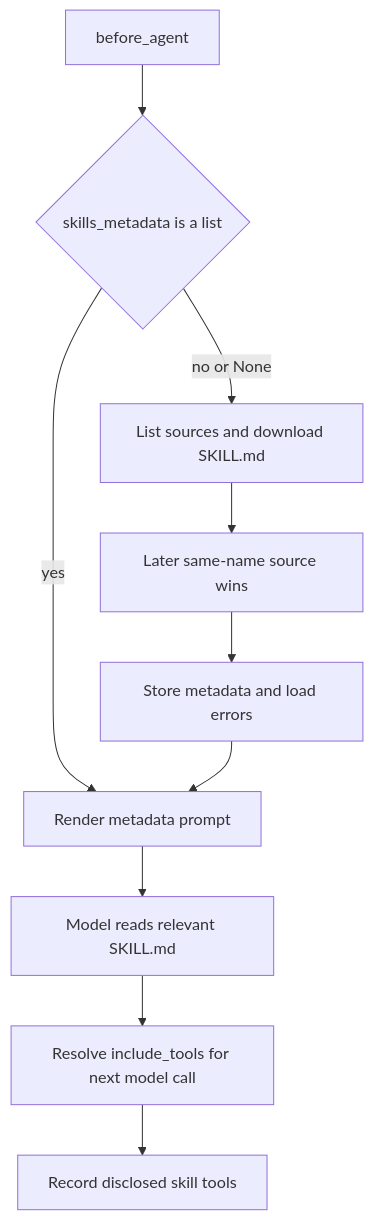
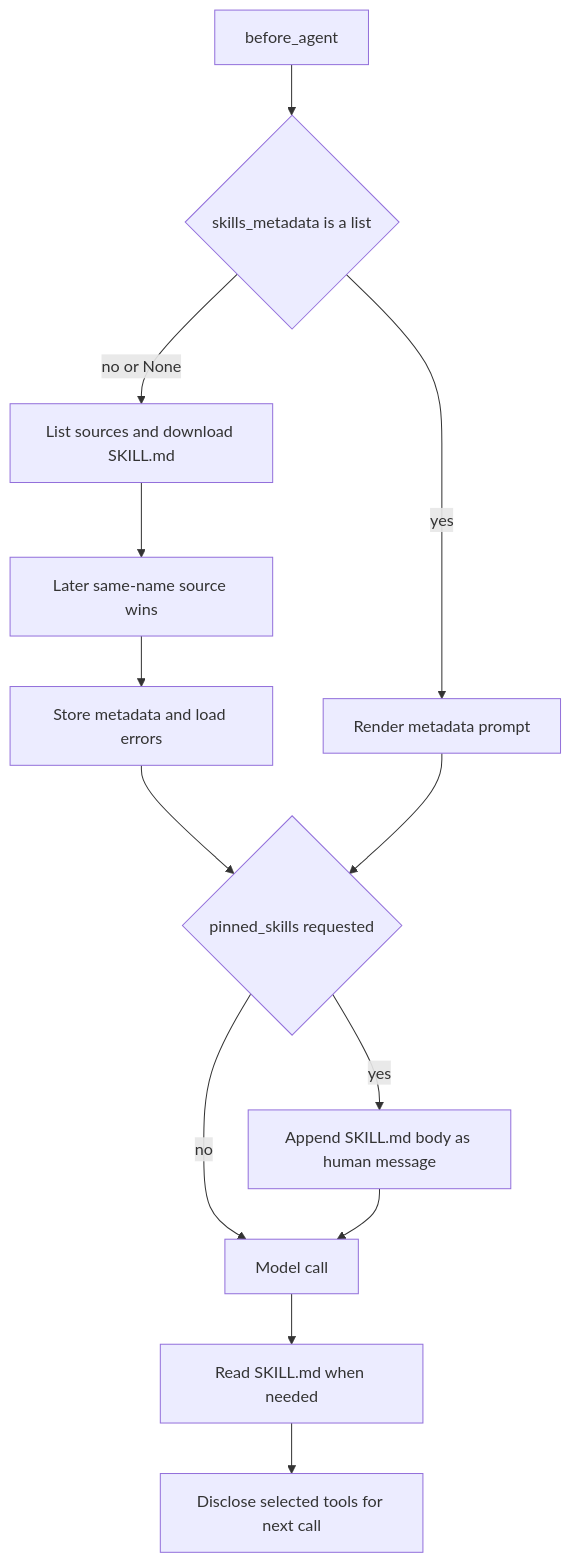
The second of 2 diagrams in openwiki/concepts/subagents-skills.md (langchain-ai/deepagents), drawn with Mermaid before and after one commit. The commit also changed other lines of this file and 67 other files, not shown here.

````diff
--- a/openwiki/concepts/subagents-skills.md
+++ b/openwiki/concepts/subagents-skills.md
@@ -110,12 +88,15 @@
 ```mermaid
 flowchart TD
     Begin["before_agent"] --> Cached{"skills_metadata is a list"}
     Cached -->|"yes"| Prompt["Render metadata prompt"]
     Cached -->|"no or None"| Scan["List sources and download SKILL.md"]
     Scan --> Overlay["Later same-name source wins"]
     Overlay --> Store["Store metadata and load errors"]
-    Store --> Prompt
-    Prompt --> Read["Model reads relevant SKILL.md"]
-    Read --> Resolve["Resolve include_tools for next model call"]
-    Resolve --> Gate["Record disclosed skill tools"]
+    Store --> Pin{"pinned_skills requested"}
+    Prompt --> Pin
+    Pin -->|"yes"| Snapshot["Append SKILL.md body as human message"]
+    Pin -->|"no"| Model["Model call"]
+    Snapshot --> Model
+    Model --> Read["Read SKILL.md when needed"]
+    Read --> Gate["Disclose selected tools for next call"]
 ```
````
